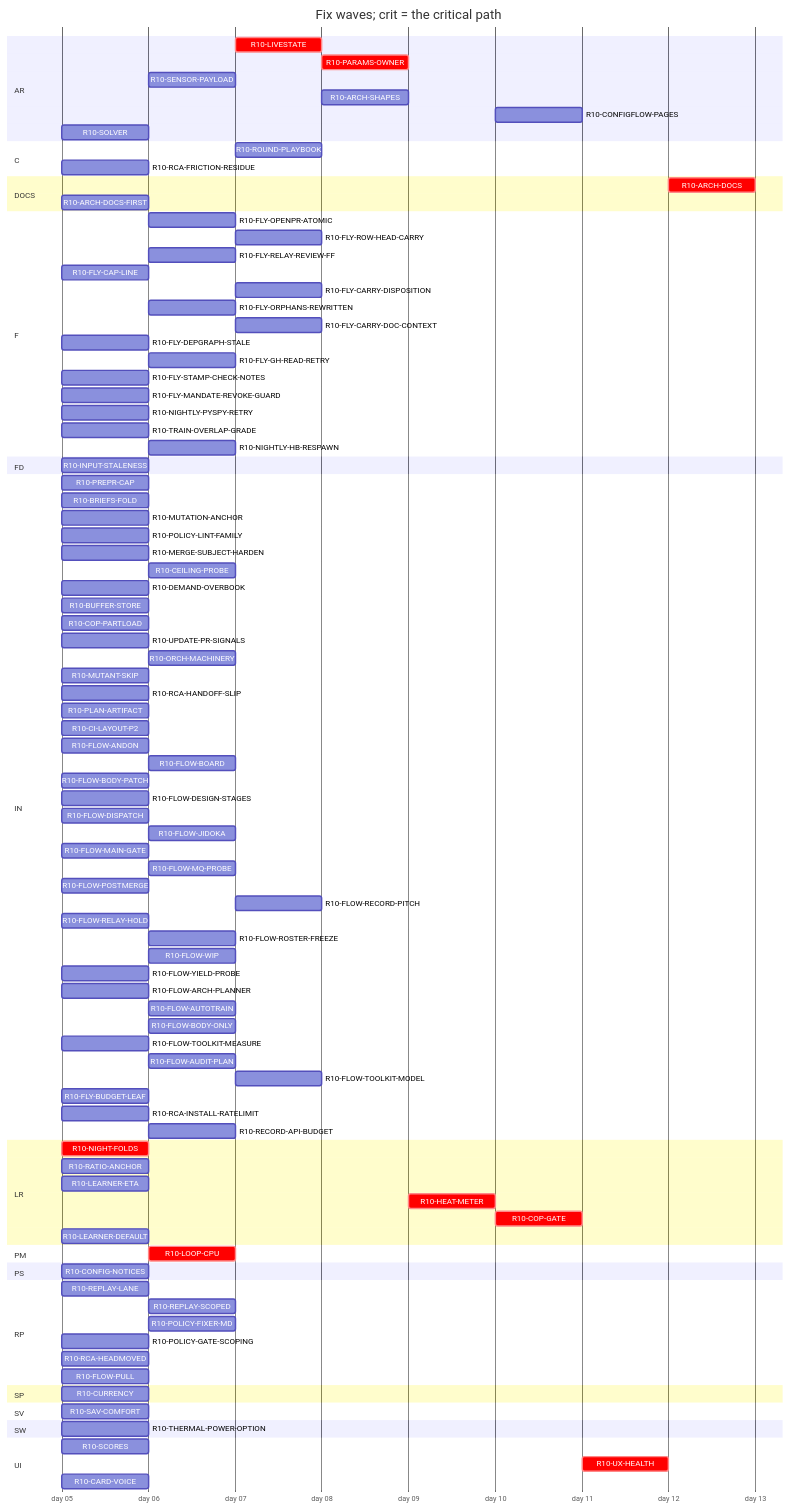
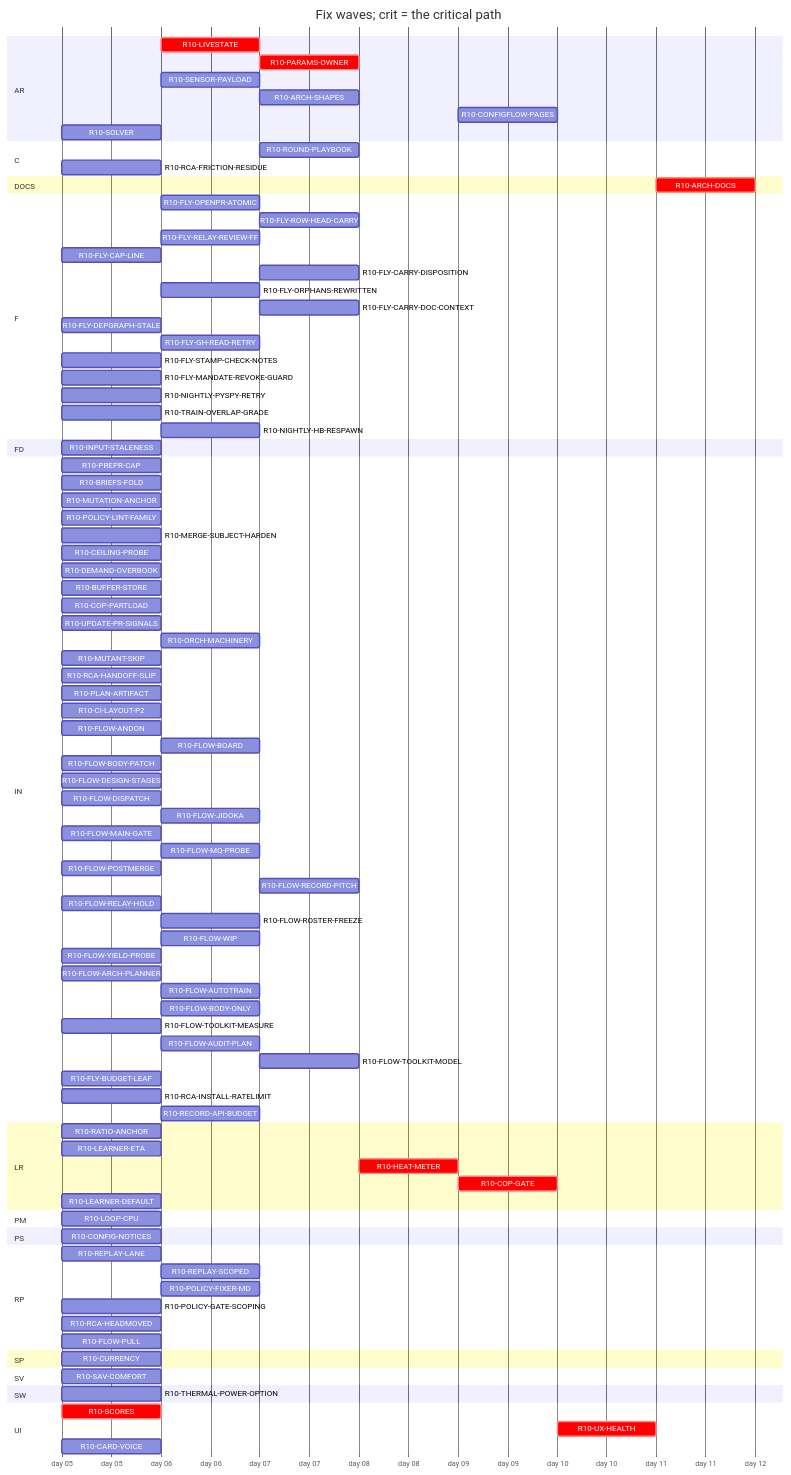
The diagram in handoff/round10/state/PLAN-TABLE.md (tvofi/heatpump_optimizer), drawn with Mermaid before and after one commit. The commit also changed other lines of this file and 2 other files, not shown here.

````diff
--- a/handoff/round10/state/PLAN-TABLE.md
+++ b/handoff/round10/state/PLAN-TABLE.md
@@ -31,7 +31,7 @@
   axisFormat day %d
   section AR
     R10-LIVESTATE :crit, r10LIVESTATE, after r10SCORES r10LOOPCPU, 1d
-    R10-PARAMS-OWNER :crit, r10PARAMSOWNER, after r10LIVESTATE r10NIGHTFOLDS r10RATIOANCHOR, 1d
+    R10-PARAMS-OWNER :crit, r10PARAMSOWNER, after r10LIVESTATE r10RATIOANCHOR, 1d
     R10-SENSOR-PAYLOAD :r10SENSORPAYLOAD, after r10SCORES, 1d
     R10-ARCH-SHAPES :r10ARCHSHAPES, after r10SENSORPAYLOAD r10LIVESTATE r10INPUTSTALENESS, 1d
     R10-CONFIGFLOW-PAGES :r10CONFIGFLOWPAGES, after r10HEATMETER, 1d
@@ -40,8 +40,7 @@
     R10-ROUND-PLAYBOOK :r10ROUNDPLAYBOOK, after r10FLOWARCHPLANNER r10FLOWAUDITPLAN r10ORCHMACHINERY r10FLOWAUTOTRAIN r10FLOWMAINGATE r10FLOWDISPATCH r10CILAYOUTP2, 1d
     R10-RCA-FRICTION-RESIDUE :r10RCAFRICTIONRESIDUE, 2026-01-05, 1d
   section DOCS
-    R10-ARCH-DOCS :crit, r10ARCHDOCS, after r10NIGHTFOLDS r10RATIOANCHOR r10INPUTSTALENESS r10CURRENCY r10LOOPCPU r10SCORES r10LIVESTATE r10CONFIGNOTICES r10PARAMSOWNER r10SENSORPAYLOAD r10ARCHSHAPES r10LEARNERETA r10HEATMETER r10COPGATE r10UXHEALTH r10CONFIGFLOWPAGES r10SOLVER r10BRIEFSFOLD r10REPLAYLANE r10REPLAYSCOPED r10ARCHDOCSFIRST, 1d
-    R10-ARCH-DOCS-FIRST :r10ARCHDOCSFIRST, 2026-01-05, 1d
+    R10-ARCH-DOCS :crit, r10ARCHDOCS, after r10RATIOANCHOR r10INPUTSTALENESS r10CURRENCY r10LOOPCPU r10SCORES r10LIVESTATE r10CONFIGNOTICES r10PARAMSOWNER r10SENSORPAYLOAD r10ARCHSHAPES r10LEARNERETA r10HEATMETER r10COPGATE r10UXHEALTH r10CONFIGFLOWPAGES r10SOLVER r10BRIEFSFOLD r10REPLAYLANE r10REPLAYSCOPED, 1d
   section F
     R10-FLY-OPENPR-ATOMIC :r10FLYOPENPRATOMIC, after r10UPDATEPRSIGNALS, 1d
     R10-FLY-ROW-HEAD-CARRY :r10FLYROWHEADCARRY, after r10CILAYOUTP2 r10FLYOPENPRATOMIC, 1d
@@ -65,7 +64,7 @@
     R10-MUTATION-ANCHOR :r10MUTATIONANCHOR, 2026-01-05, 1d
     R10-POLICY-LINT-FAMILY :r10POLICYLINTFAMILY, 2026-01-05, 1d
     R10-MERGE-SUBJECT-HARDEN :r10MERGESUBJECTHARDEN, 2026-01-05, 1d
-    R10-CEILING-PROBE :r10CEILINGPROBE, after r10NIGHTFOLDS, 1d
+    R10-CEILING-PROBE :r10CEILINGPROBE, 2026-01-05, 1d
     R10-DEMAND-OVERBOOK :r10DEMANDOVERBOOK, 2026-01-05, 1d
     R10-BUFFER-STORE :r10BUFFERSTORE, 2026-01-05, 1d
     R10-COP-PARTLOAD :r10COPPARTLOAD, 2026-01-05, 1d
@@ -99,14 +98,13 @@
     R10-RCA-INSTALL-RATELIMIT :r10RCAINSTALLRATELIMIT, 2026-01-05, 1d
     R10-RECORD-API-BUDGET :r10RECORDAPIBUDGET, after r10RCAINSTALLRATELIMIT, 1d
   section LR
-    R10-NIGHT-FOLDS :crit, r10NIGHTFOLDS, 2026-01-05, 1d
     R10-RATIO-ANCHOR :r10RATIOANCHOR, 2026-01-05, 1d
     R10-LEARNER-ETA :r10LEARNERETA, 2026-01-05, 1d
     R10-HEAT-METER :crit, r10HEATMETER, after r10LEARNERETA r10INPUTSTALENESS r10RATIOANCHOR r10PARAMSOWNER r10ARCHSHAPES r10THERMALPOWEROPTION, 1d
     R10-COP-GATE :crit, r10COPGATE, after r10HEATMETER r10SENSORPAYLOAD, 1d
     R10-LEARNER-DEFAULT :r10LEARNERDEFAULT, 2026-01-05, 1d
   section PM
-    R10-LOOP-CPU :crit, r10LOOPCPU, after r10NIGHTFOLDS, 1d
+    R10-LOOP-CPU :r10LOOPCPU, 2026-01-05, 1d
   section PS
     R10-CONFIG-NOTICES :r10CONFIGNOTICES, 2026-01-05, 1d
   section RP
@@ -123,7 +121,7 @@
   section SW
     R10-THERMAL-POWER-OPTION :r10THERMALPOWEROPTION, 2026-01-05, 1d
   section UI
-    R10-SCORES :r10SCORES, 2026-01-05, 1d
+    R10-SCORES :crit, r10SCORES, 2026-01-05, 1d
     R10-UX-HEALTH :crit, r10UXHEALTH, after r10SCORES r10COPGATE r10HEATMETER, 1d
     R10-CARD-VOICE :r10CARDVOICE, 2026-01-05, 1d
 ```
````
